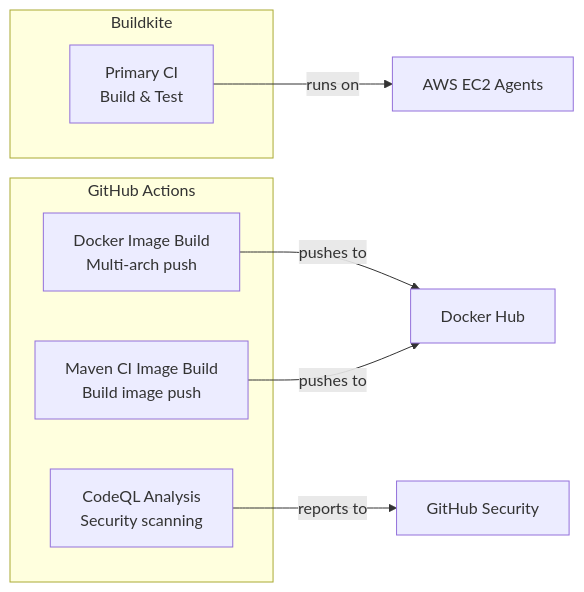
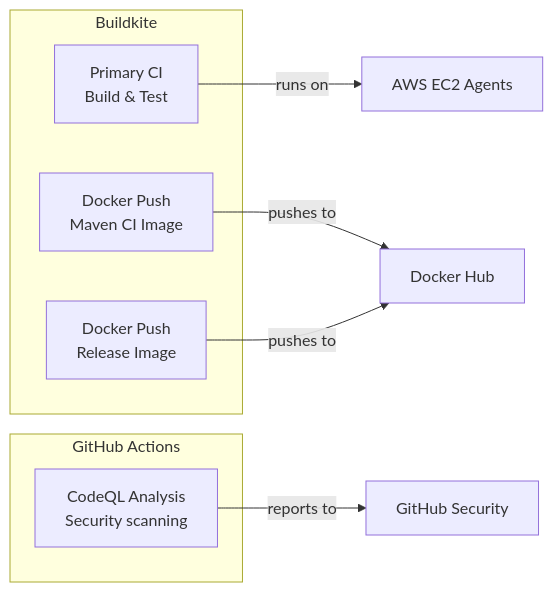
Before and after one commit to mock-server/mockserver: the first of 4 diagrams in docs/infrastructure/ci-cd.md, drawn with Mermaid. The commit also changed other lines of this file and 20 other files, not shown here.

First line of the commit message:
Move Docker image pushes from GitHub Actions to Buildkite

````diff
--- a/docs/infrastructure/ci-cd.md
+++ b/docs/infrastructure/ci-cd.md
@@ -7,17 +7,17 @@
 ```mermaid
 graph LR
     subgraph "Buildkite"
         BK[Primary CI<br/>Build & Test]
+        BK_MAVEN[Docker Push<br/>Maven CI Image]
+        BK_RELEASE[Docker Push<br/>Release Image]
     end
 
     subgraph "GitHub Actions"
-        GA1[Docker Image Build<br/>Multi-arch push]
-        GA2[CodeQL Analysis<br/>Security scanning]
-        GA3[Maven CI Image Build<br/>Build image push]
+        GA[CodeQL Analysis<br/>Security scanning]
     end
 
     BK -->|runs on| EC2[AWS EC2 Agents]
-    GA1 -->|pushes to| DH[Docker Hub]
-    GA2 -->|reports to| GH[GitHub Security]
-    GA3 -->|pushes to| DH
+    BK_MAVEN -->|pushes to| DH[Docker Hub]
+    BK_RELEASE -->|pushes to| DH
+    GA -->|reports to| GH[GitHub Security]
 ```
````
